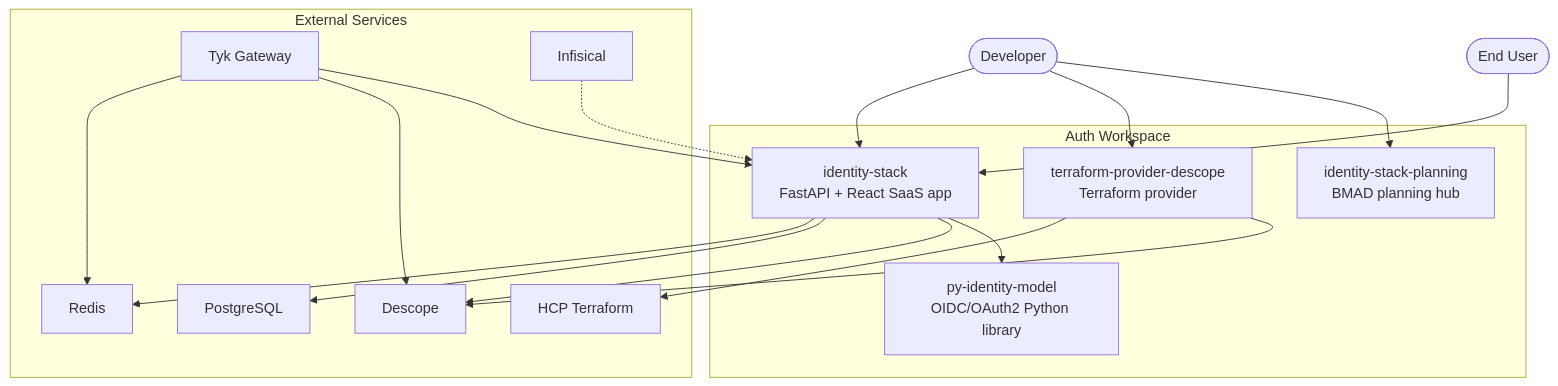
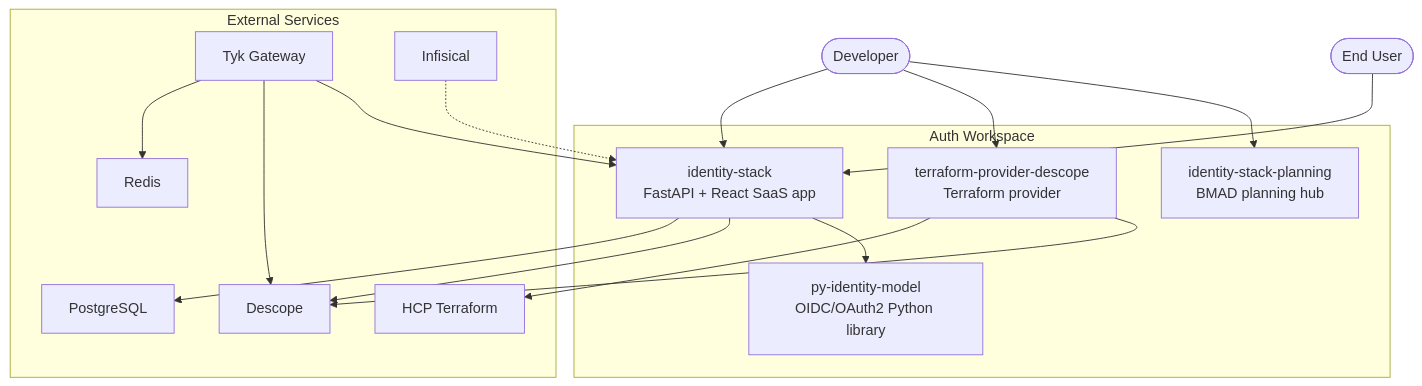
One commit to jamescrowley321/identity-stack-planning changed the first of 5 diagrams in docs/system-architecture.md. Above: the diagram before and after it, drawn with Mermaid. The commit also changed 5 other files, not shown here.

````diff
--- a/docs/system-architecture.md
+++ b/docs/system-architecture.md
@@ -7,37 +7,36 @@
 ```mermaid
 graph TB
     dev(["Developer"])
     user(["End User"])
 
     subgraph workspace["Auth Workspace"]
         ap["identity-stack-planning<br/>BMAD planning hub"]
         pim["py-identity-model<br/>OIDC/OAuth2 Python library"]
         tfp["terraform-provider-descope<br/>Terraform provider"]
         is["identity-stack<br/>FastAPI + React SaaS app"]
     end
 
     subgraph external["External Services"]
         descope["Descope"]
         pg["PostgreSQL"]
         redis["Redis"]
         tyk["Tyk Gateway"]
         infisical["Infisical"]
         hcp["HCP Terraform"]
     end
 
     dev --> ap
     dev --> tfp
     dev --> is
     user --> is
 
     is --> pim
     is --> descope
     is --> pg
-    is --> redis
     tfp --> descope
     tfp --> hcp
     infisical -.-> is
     tyk --> is
     tyk --> descope
     tyk --> redis
 ```
````
